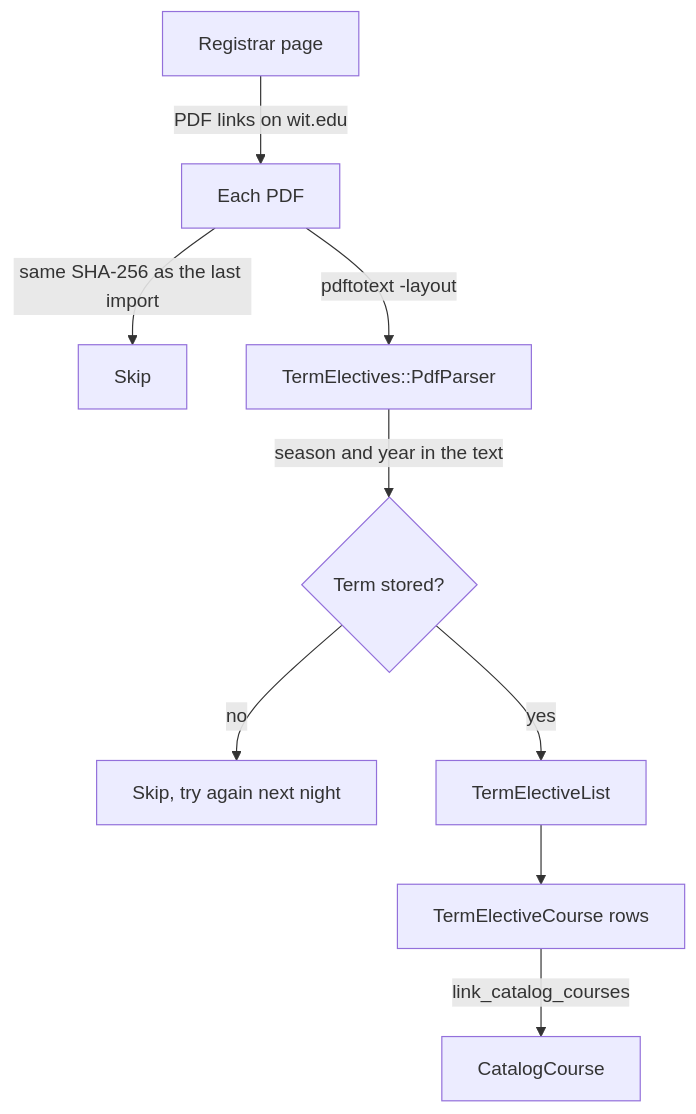
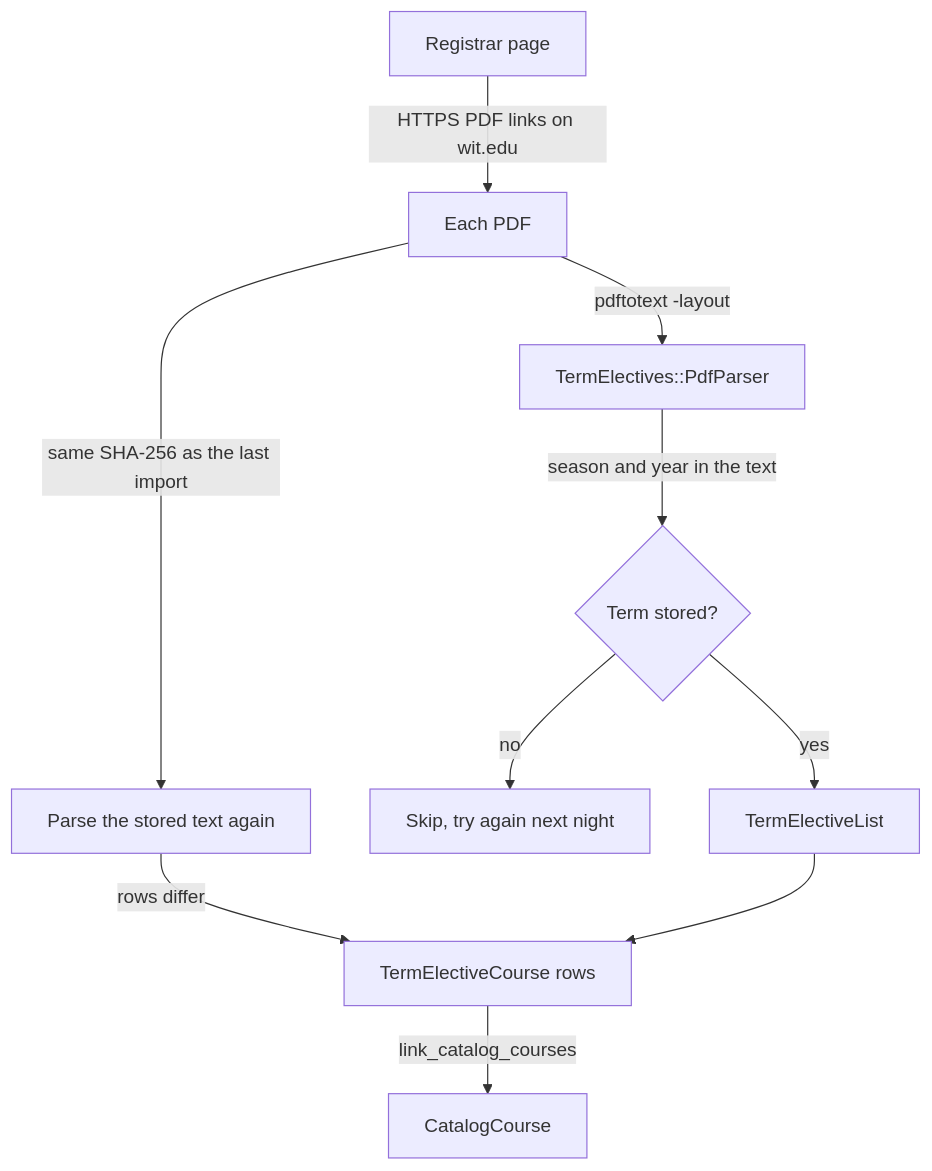
The first of 2 diagrams in docs/term-electives.md (WITCodingClub/calendar-backend), drawn with Mermaid before and after one commit. The commit also changed other lines of this file and 12 other files, not shown here.

````diff
--- a/docs/term-electives.md
+++ b/docs/term-electives.md
@@ -9,11 +9,12 @@
 ```mermaid
 flowchart TD
-  page[Registrar page] -->|PDF links on wit.edu| pdf[Each PDF]
-  pdf -->|same SHA-256 as the last import| skip[Skip]
+  page[Registrar page] -->|HTTPS PDF links on wit.edu| pdf[Each PDF]
+  pdf -->|same SHA-256 as the last import| stored[Parse the stored text again]
+  stored -->|rows differ| courses
   pdf -->|pdftotext -layout| parser[TermElectives::PdfParser]
   parser -->|season and year in the text| term{Term stored?}
   term -->|no| skipped[Skip, try again next night]
   term -->|yes| list[TermElectiveList]
   list --> courses[TermElectiveCourse rows]
   courses -->|link_catalog_courses| catalog[CatalogCourse]
 ```
````
